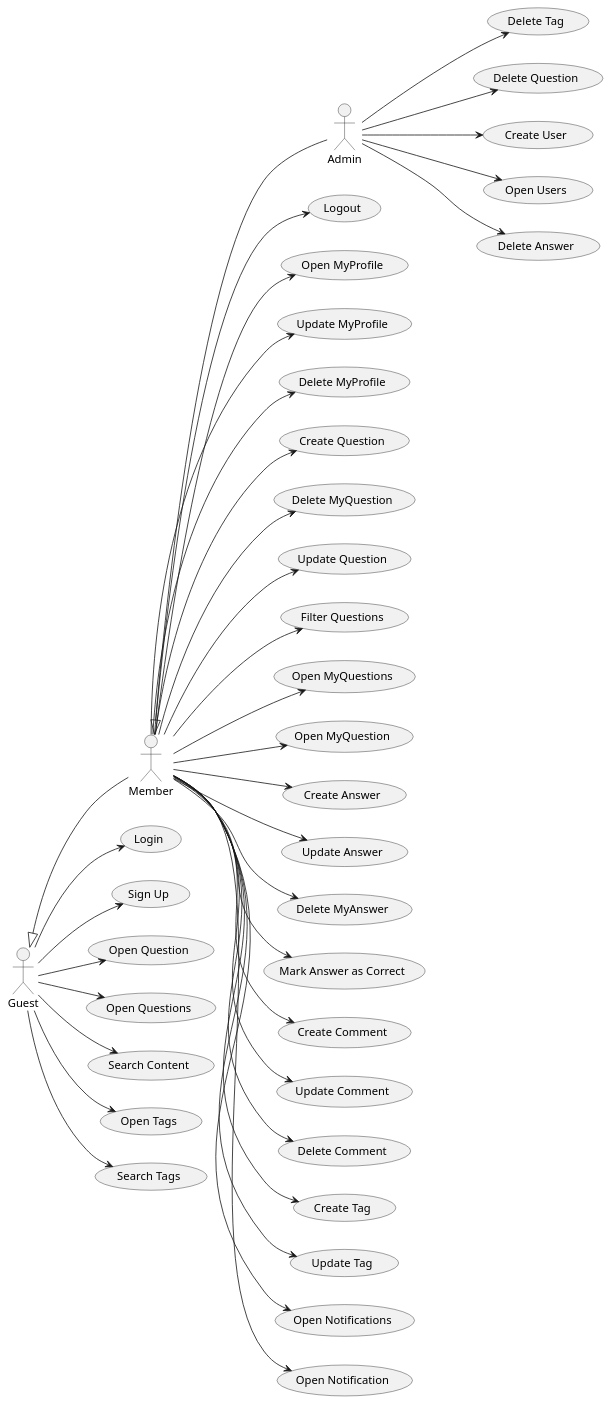
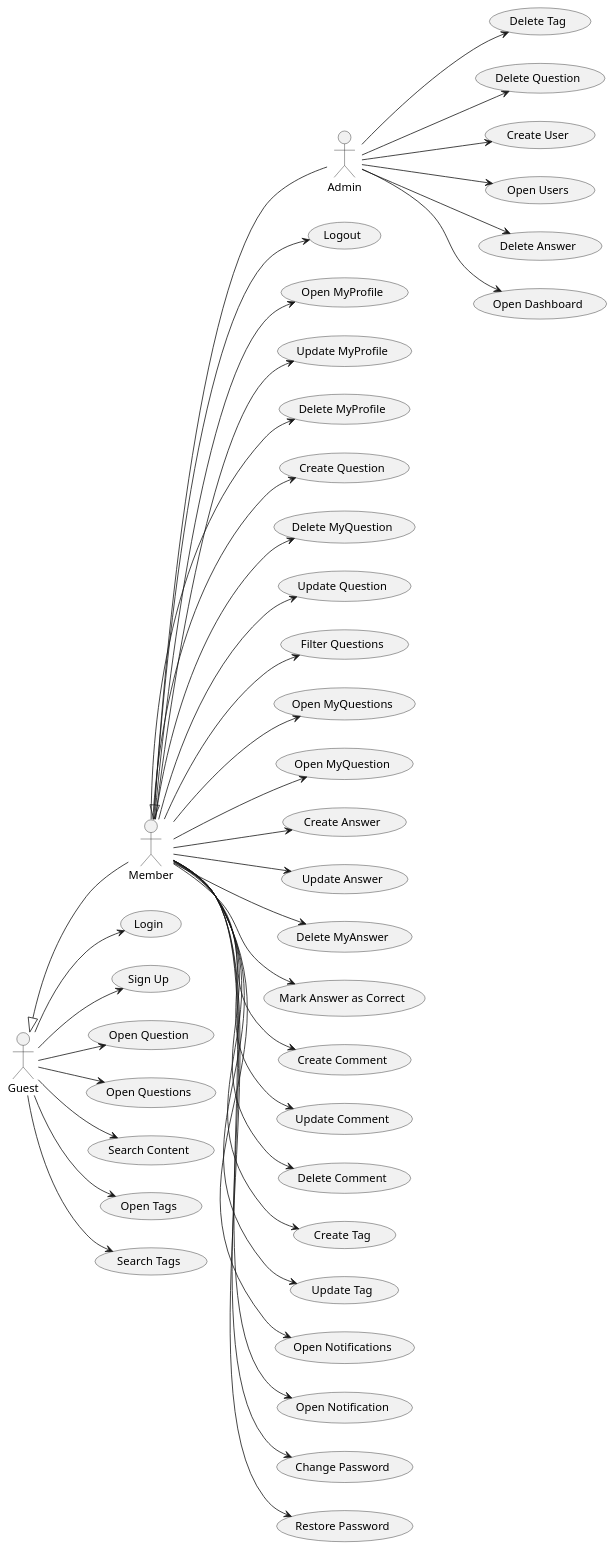
One commit to rafaelacirino/miw-backend-foro changed the diagram in src/main/resources/templates/casosDeUso.plantuml. Above: the diagram before and after it, drawn with PlantUML. The commit also changed 3 other files, not shown here.

Commit message:
fix diagramas

```diff
--- a/src/main/resources/templates/casosDeUso.plantuml
+++ b/src/main/resources/templates/casosDeUso.plantuml
@@ -1,81 +1,88 @@
 @startuml
 
 actor Guest
 actor Member
 actor Admin
 
 Guest <|-down- Member
 Member <|-down- Admin
 
 left to right direction
+
 (Login) as UC1
 (Logout) as UC2
 (Sign Up) as UC3
 (Open MyProfile) as UC4
 (Update MyProfile) as UC5
 (Delete MyProfile) as UC6
 (Open Question) as UC7
 (Create Question) as UC8
 (Delete MyQuestion) as UC9
 (Update Question) as UC10
 (Open Questions) as UC11
 (Filter Questions) as UC12
 (Open MyQuestions) as UC13
 (Open MyQuestion) as UC32
 (Create Answer) as UC14
 (Update Answer) as UC15
 (Delete MyAnswer) as UC16
 (Mark Answer as Correct) as UC17
 (Create Comment) as UC18
 (Update Comment) as UC19
 (Delete Comment) as UC20
 (Create Tag) as UC21
 (Update Tag) as UC22
 (Delete Tag) as UC24
 (Search Content) as UC25
 (Open Tags) as UC26
 (Search Tags) as UC27
 (Delete Question) as UC28
 (Create User) as UC29
 (Open Users) as UC30
 (Delete Answer) as UC31
 (Open Notifications) as UC33
 (Open Notification) as UC34
+(Open Dashboard) as UC35
+(Change Password) as UC36
+(Restore Password) as UC37
 
 Guest --> UC7
 Guest --> UC11
 Guest --> UC25
 Guest --> UC26
 Guest --> UC27
 Guest --> UC1
 Guest --> UC3
 
 Member --> UC2
 Member --> UC4
 Member --> UC5
 Member --> UC6
 Member --> UC8
 Member --> UC9
 Member --> UC10
 Member --> UC12
 Member --> UC13
 Member --> UC14
 Member --> UC15
 Member --> UC16
 Member --> UC17
 Member --> UC18
 Member --> UC19
 Member --> UC20
 Member --> UC21
 Member --> UC22
 Member --> UC32
 Member --> UC33
 Member --> UC34
+Member --> UC36
+Member --> UC37
 
 Admin --> UC24
 Admin --> UC28
 Admin --> UC29
 Admin --> UC30
 Admin --> UC31
+Admin --> UC35
 
 @enduml
```
